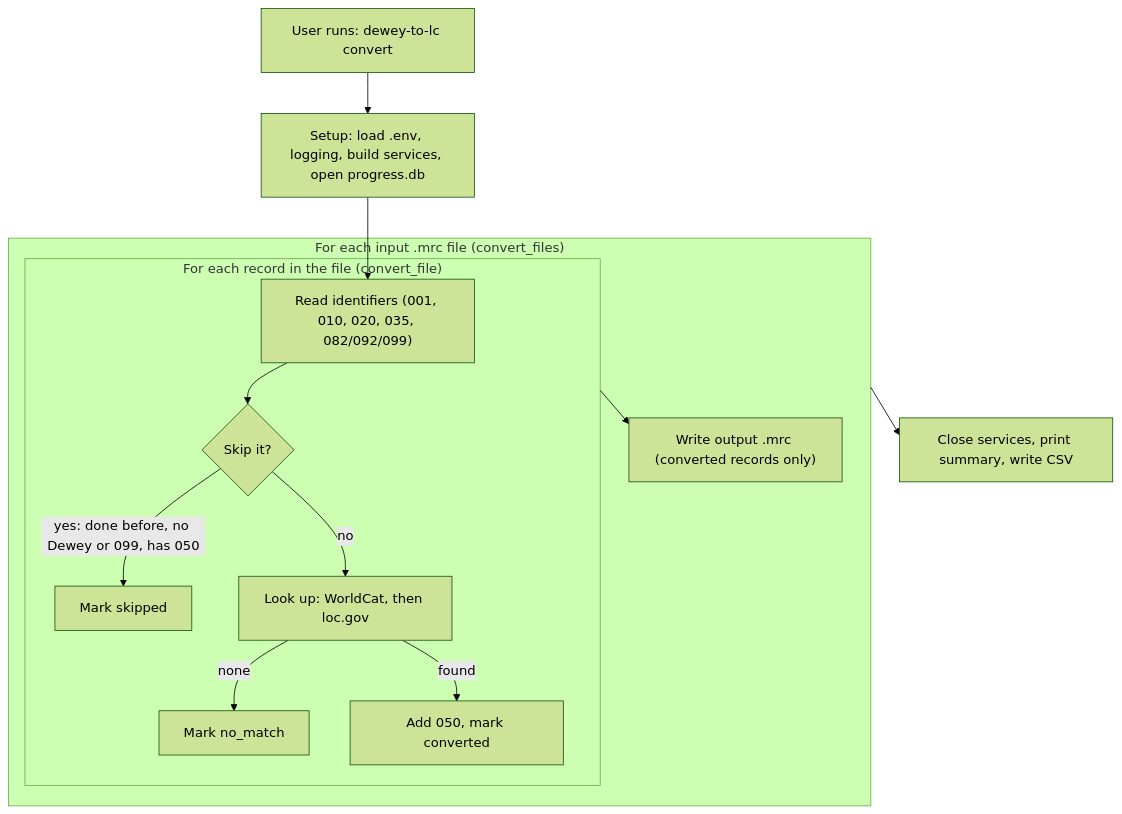
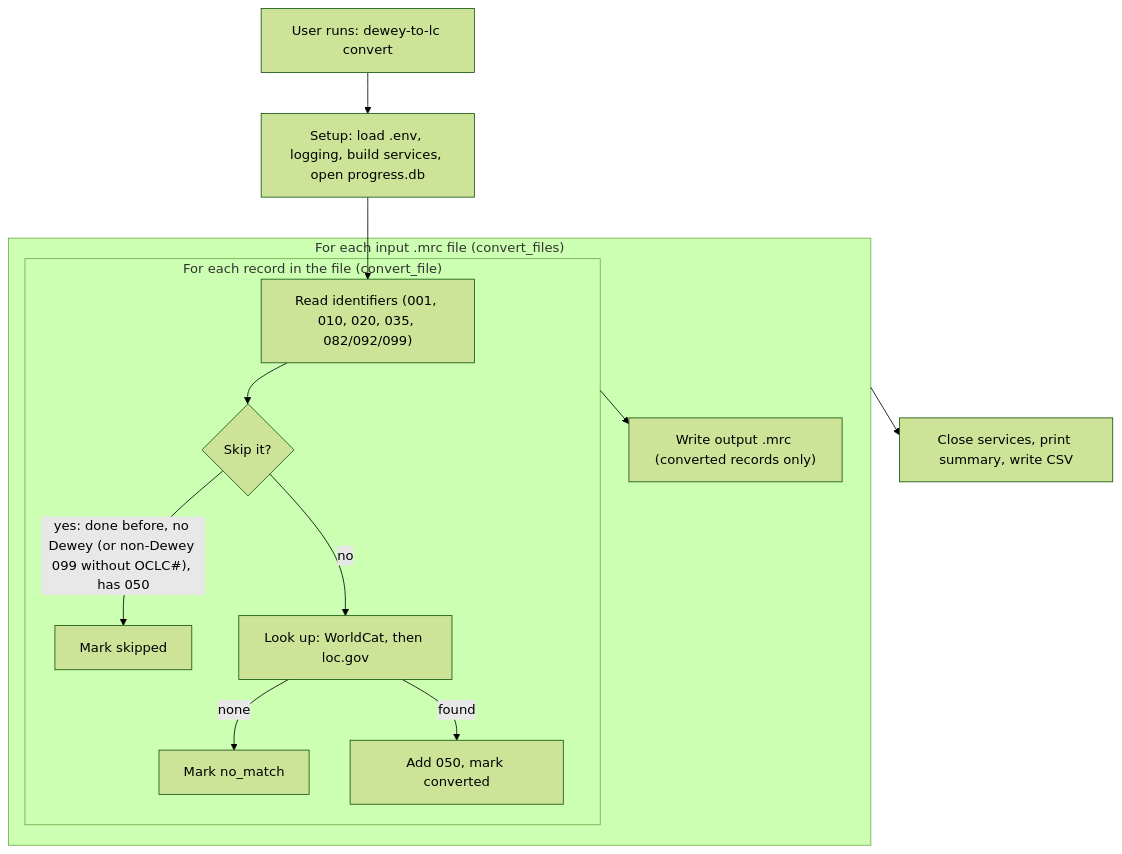
The diagram in docs/worldcat-api.md (sclibraries/dewey-to-lc), drawn with Mermaid (forest theme) before and after one commit. The commit also changed other lines of this file and 3 other files, not shown here.

````diff
--- a/docs/worldcat-api.md
+++ b/docs/worldcat-api.md
@@ -169,16 +168,16 @@
 ```mermaid
 flowchart TD
     A["User runs: dewey-to-lc convert"] --> B["Setup: load .env, logging, build services, open progress.db"]
     B --> C
     subgraph F["For each input .mrc file (convert_files)"]
         subgraph R["For each record in the file (convert_file)"]
             C["Read identifiers (001, 010, 020, 035, 082/092/099)"] --> D{"Skip it?"}
-            D -- "yes: done before, no Dewey or 099, has 050" --> S["Mark skipped"]
+            D -- "yes: done before, no Dewey (or non-Dewey 099 without OCLC#), has 050" --> S["Mark skipped"]
             D -- no --> L["Look up: WorldCat, then loc.gov"]
             L -- none --> N["Mark no_match"]
             L -- found --> V["Add 050, mark converted"]
         end
         R --> W["Write output .mrc (converted records only)"]
     end
     F --> E["Close services, print summary, write CSV"]
 ```
````
